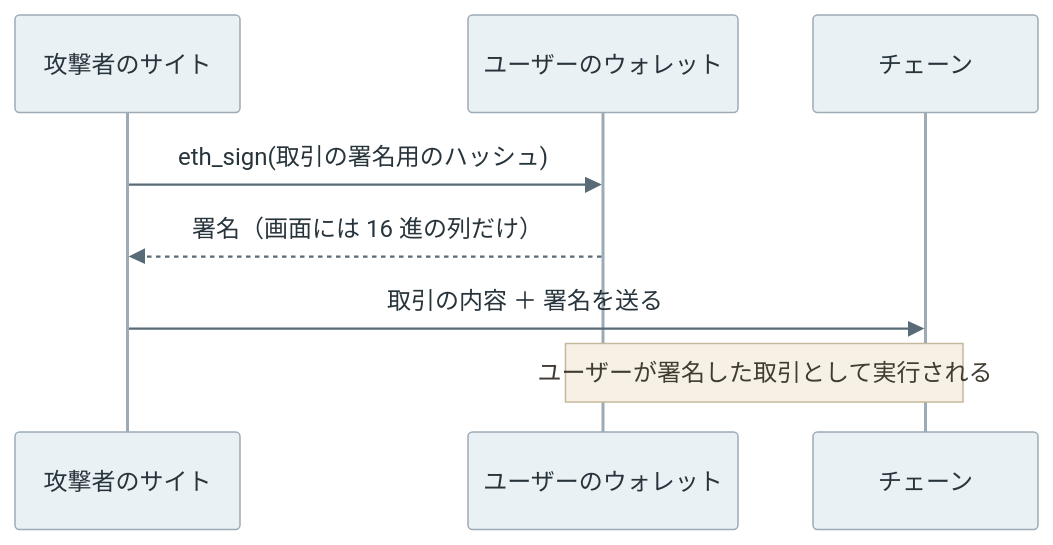
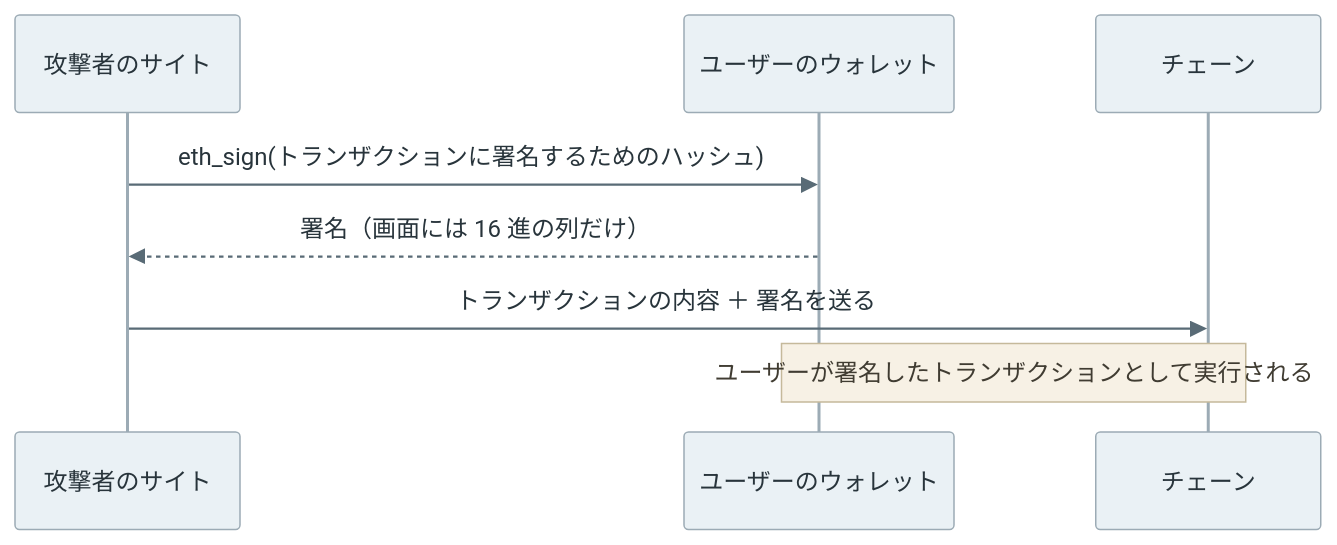
One commit to nao1215/debimate changed the first of 3 diagrams in content/notes/blockchain-systems/eip-712/index.md. Above: the diagram before and after it, drawn with Mermaid. The commit also changed other lines of this file and 129 other files, not shown here.

````diff
--- a/content/notes/blockchain-systems/eip-712/index.md
+++ b/content/notes/blockchain-systems/eip-712/index.md
@@ -50,11 +50,11 @@
 ```mermaid
 %%{init: {"theme":"base","themeVariables":{"primaryColor":"#eaf1f5","primaryTextColor":"#28343b","primaryBorderColor":"#9cabb5","lineColor":"#596b76","textColor":"#28343b","actorBkg":"#eaf1f5","actorBorder":"#9cabb5","actorTextColor":"#28343b","actorLineColor":"#9cabb5","signalColor":"#596b76","signalTextColor":"#28343b","noteBkgColor":"#f7f1e5","noteBorderColor":"#c5b99b","noteTextColor":"#403c32","activationBkgColor":"#edf3ef","activationBorderColor":"#9aafa1"}}}%%
 sequenceDiagram
     participant A as 攻撃者のサイト
     participant W as ユーザーのウォレット
     participant N as チェーン
-    A->>W: eth_sign(取引の署名用のハッシュ)
+    A->>W: eth_sign(トランザクションに署名するためのハッシュ)
     W-->>A: 署名（画面には 16 進の列だけ）
-    A->>N: 取引の内容 ＋ 署名を送る
-    Note over W,N: ユーザーが署名した取引として実行される
+    A->>N: トランザクションの内容 ＋ 署名を送る
+    Note over W,N: ユーザーが署名したトランザクションとして実行される
 ```
````
